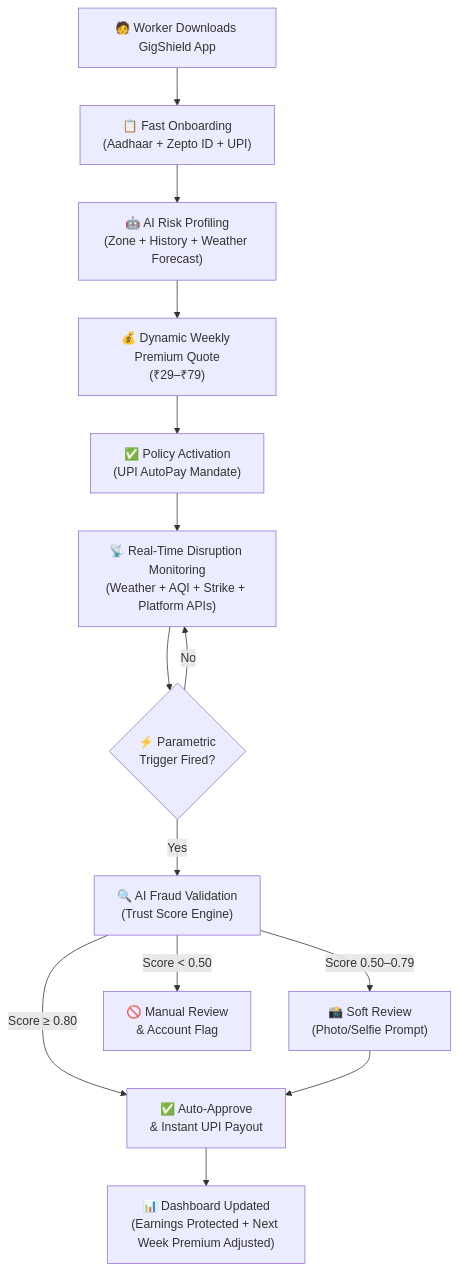
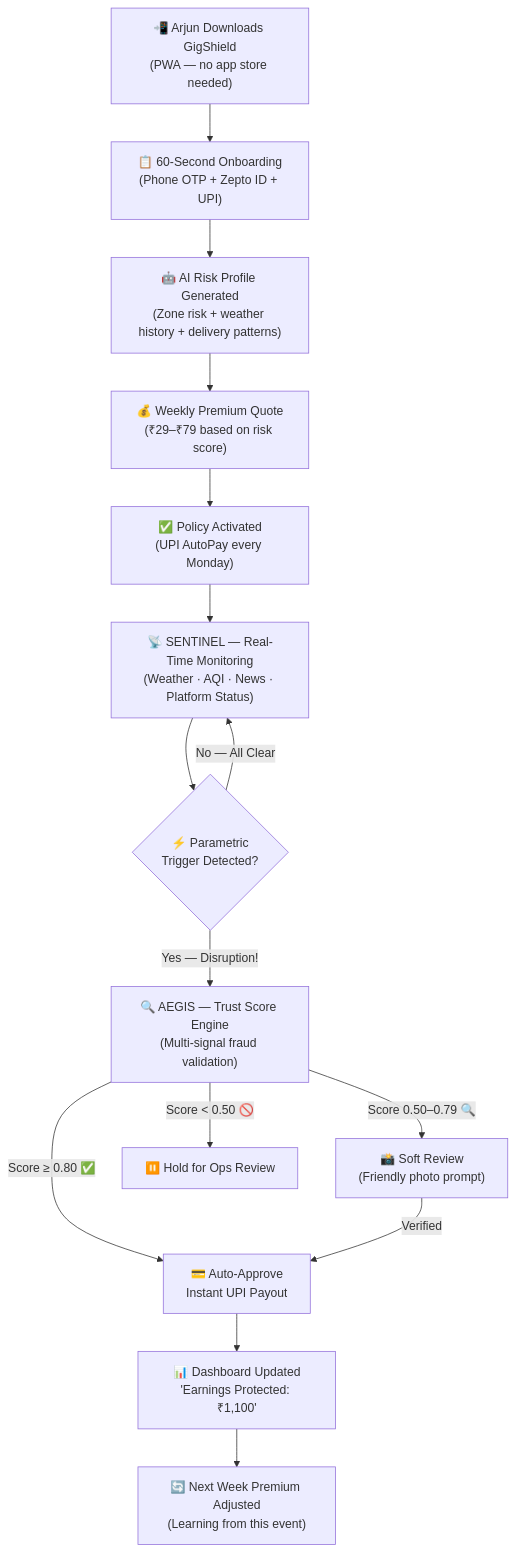
Before and after one commit to rox-dev6/gw: the first of 8 diagrams in README.md, drawn with Mermaid. The commit also changed other lines of this file, not shown here.

````diff
--- a/README.md
+++ b/README.md
@@ -85,16 +153,19 @@
 ```mermaid
 flowchart TD
-    A["🧑 Worker Downloads GigShield App"] --> B["📋 Fast Onboarding\n(Aadhaar + Zepto ID + UPI)"]
-    B --> C["🤖 AI Risk Profiling\n(Zone + History + Weather Forecast)"]
-    C --> D["💰 Dynamic Weekly Premium Quote\n(₹29–₹79)"]
-    D --> E["✅ Policy Activation\n(UPI AutoPay Mandate)"]
-    E --> F["📡 Real-Time Disruption Monitoring\n(Weather + AQI + Strike + Platform APIs)"]
-    F --> G{"⚡ Parametric\nTrigger Fired?"}
-    G -->|No| F
-    G -->|Yes| H["🔍 AI Fraud Validation\n(Trust Score Engine)"]
-    H -->|"Score ≥ 0.80"| I["✅ Auto-Approve\n& Instant UPI Payout"]
-    H -->|"Score 0.50–0.79"| J["📸 Soft Review\n(Photo/Selfie Prompt)"]
-    H -->|"Score < 0.50"| K["🚫 Manual Review\n& Account Flag"]
-    J --> I
-    I --> L["📊 Dashboard Updated\n(Earnings Protected + Next Week Premium Adjusted)"]
+    A["📲 Arjun Downloads GigShield\n(PWA — no app store needed)"] --> B["📋 60-Second Onboarding\n(Phone OTP + Zepto ID + UPI)"]
+    B --> C["🤖 AI Risk Profile Generated\n(Zone risk + weather history + delivery patterns)"]
+    C --> D["💰 Weekly Premium Quote\n(₹29–₹79 based on risk score)"]
+    D --> E["✅ Policy Activated\n(UPI AutoPay every Monday)"]
+    E --> F["📡 SENTINEL — Real-Time Monitoring\n(Weather · AQI · News · Platform Status)"]
+
+    F --> G{"⚡ Parametric\nTrigger Detected?"}
+    G -->|"No — All Clear"| F
+    G -->|"Yes — Disruption!"| H["🔍 AEGIS — Trust Score Engine\n(Multi-signal fraud validation)"]
+
+    H -->|"Score ≥ 0.80 ✅"| I["💳 Auto-Approve\nInstant UPI Payout"]
+    H -->|"Score 0.50–0.79 🔍"| J["📸 Soft Review\n(Friendly photo prompt)"]
+    H -->|"Score < 0.50 🚫"| K["⏸️ Hold for Ops Review"]
+    J -->|"Verified"| I
+    I --> L["📊 Dashboard Updated\n'Earnings Protected: ₹1,100'"]
+    L --> M["🔄 Next Week Premium Adjusted\n(Learning from this event)"]
 ```
````
